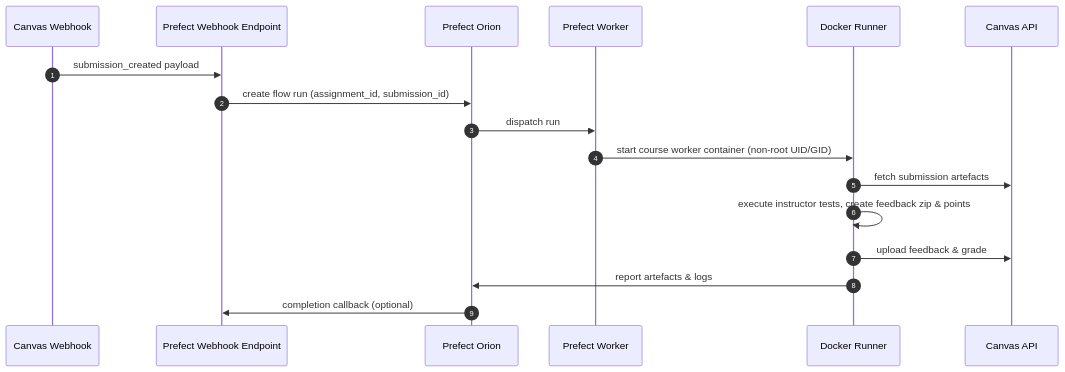
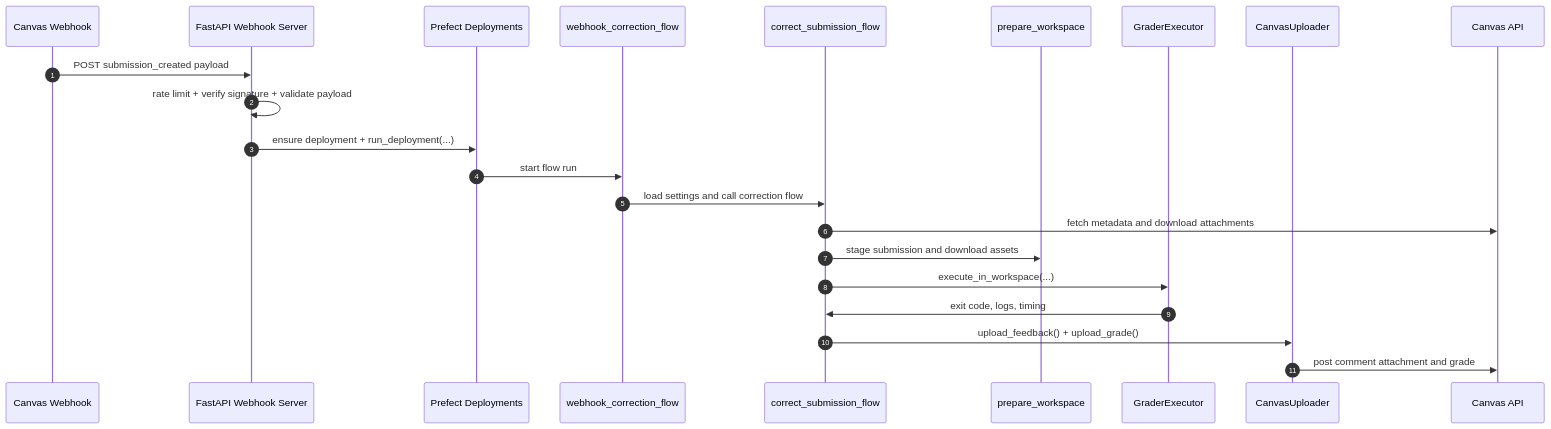
The first of 2 diagrams in docs/reference/01-architecture.md (jakob1379/Canvas-Code-Correction), drawn with Mermaid before and after one commit. The commit also changed other lines of this file and 1 other file, not shown here.

Commit message:
docs: correct architecture reference and tame course setup note

````diff
--- a/docs/reference/01-architecture.md
+++ b/docs/reference/01-architecture.md
@@ -75,20 +76,25 @@
 ```mermaid
 sequenceDiagram
     autonumber
     participant Webhook as Canvas Webhook
-    participant WebhookEndpoint as Prefect Webhook Endpoint
-    participant Prefect as Prefect Orion
-    participant Worker as Prefect Worker
-    participant Runner as Docker Runner
-    participant Canvas as Canvas API
+    participant FastAPI as FastAPI Webhook Server
+    participant Deployments as Prefect Deployments
+    participant WebhookFlow as webhook_correction_flow
+    participant CorrectionFlow as correct_submission_flow
+    participant Workspace as prepare_workspace
+    participant Runner as GraderExecutor
+    participant Uploader as CanvasUploader
+    participant CanvasAPI as Canvas API
 
-    Webhook->>WebhookEndpoint: submission_created payload
-    WebhookEndpoint->>Prefect: create flow run (assignment_id, submission_id)
-    Prefect->>Worker: dispatch run
-    Worker->>Runner: start course worker container (non-root UID/GID)
-    Runner->>Canvas: fetch submission artefacts
-    Runner->>Runner: execute instructor tests, create feedback zip & points
-    Runner->>Canvas: upload feedback & grade
-    Runner->>Prefect: report artefacts & logs
-    Prefect->>WebhookEndpoint: completion callback (optional)
+    Webhook->>FastAPI: POST submission_created payload
+    FastAPI->>FastAPI: rate limit + verify signature + validate payload
+    FastAPI->>Deployments: ensure deployment + run_deployment(...)
+    Deployments->>WebhookFlow: start flow run
+    WebhookFlow->>CorrectionFlow: load settings and call correction flow
+    CorrectionFlow->>CanvasAPI: fetch metadata and download attachments
+    CorrectionFlow->>Workspace: stage submission and download assets
+    CorrectionFlow->>Runner: execute_in_workspace(...)
+    Runner->>CorrectionFlow: exit code, logs, timing
+    CorrectionFlow->>Uploader: upload_feedback() + upload_grade()
+    Uploader->>CanvasAPI: post comment attachment and grade
 ```
````
